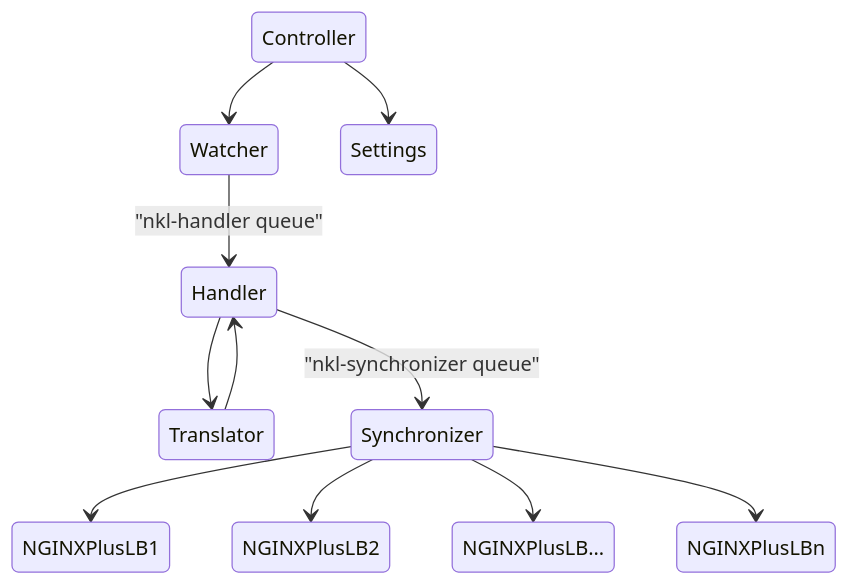
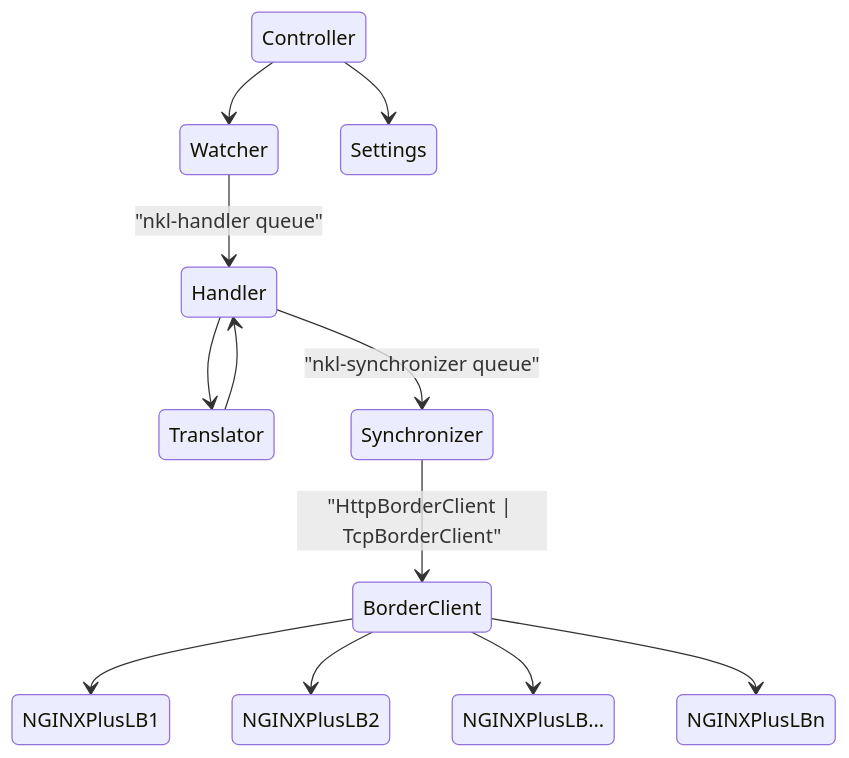
Before and after one commit to nginxinc/nginx-loadbalancer-kubernetes: the diagram in DESIGN.md, drawn with Mermaid.

Commit message:
Documentation updates

````diff
--- a/DESIGN.md
+++ b/DESIGN.md
@@ -12,13 +12,14 @@
 ```mermaid
 stateDiagram-v2
     Controller --> Watcher
     Controller --> Settings 
     Watcher --> Handler : "nkl-handler queue"
     Handler --> Translator
     Translator --> Handler
     Handler --> Synchronizer : "nkl-synchronizer queue"
-    Synchronizer --> NGINXPlusLB1
-    Synchronizer --> NGINXPlusLB2
-    Synchronizer --> NGINXPlusLB...
-    Synchronizer --> NGINXPlusLBn
+    Synchronizer --> BorderClient : "HttpBorderClient | TcpBorderClient"
+    BorderClient --> NGINXPlusLB1
+    BorderClient --> NGINXPlusLB2
+    BorderClient --> NGINXPlusLB...
+    BorderClient --> NGINXPlusLBn
 ```
````
